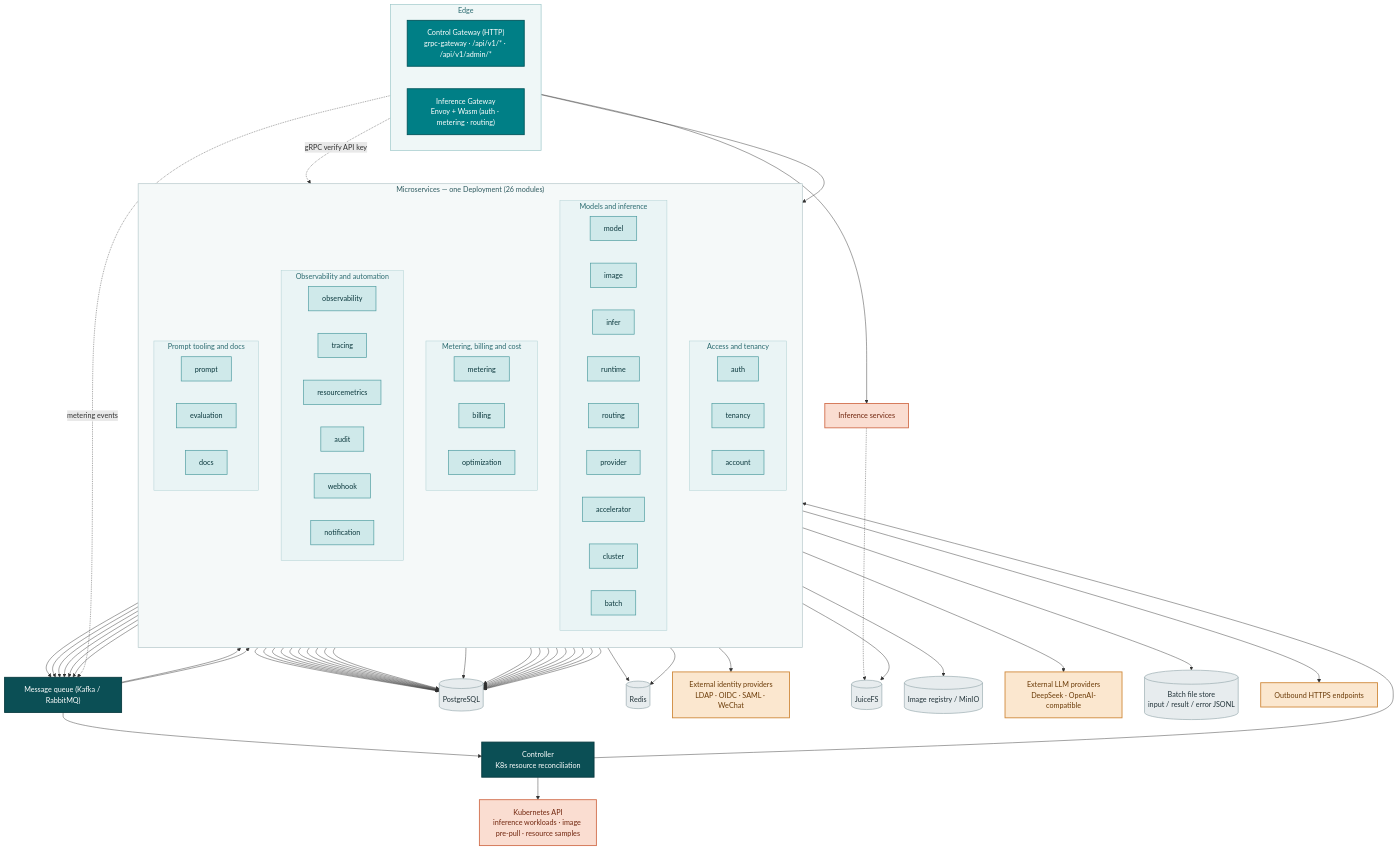
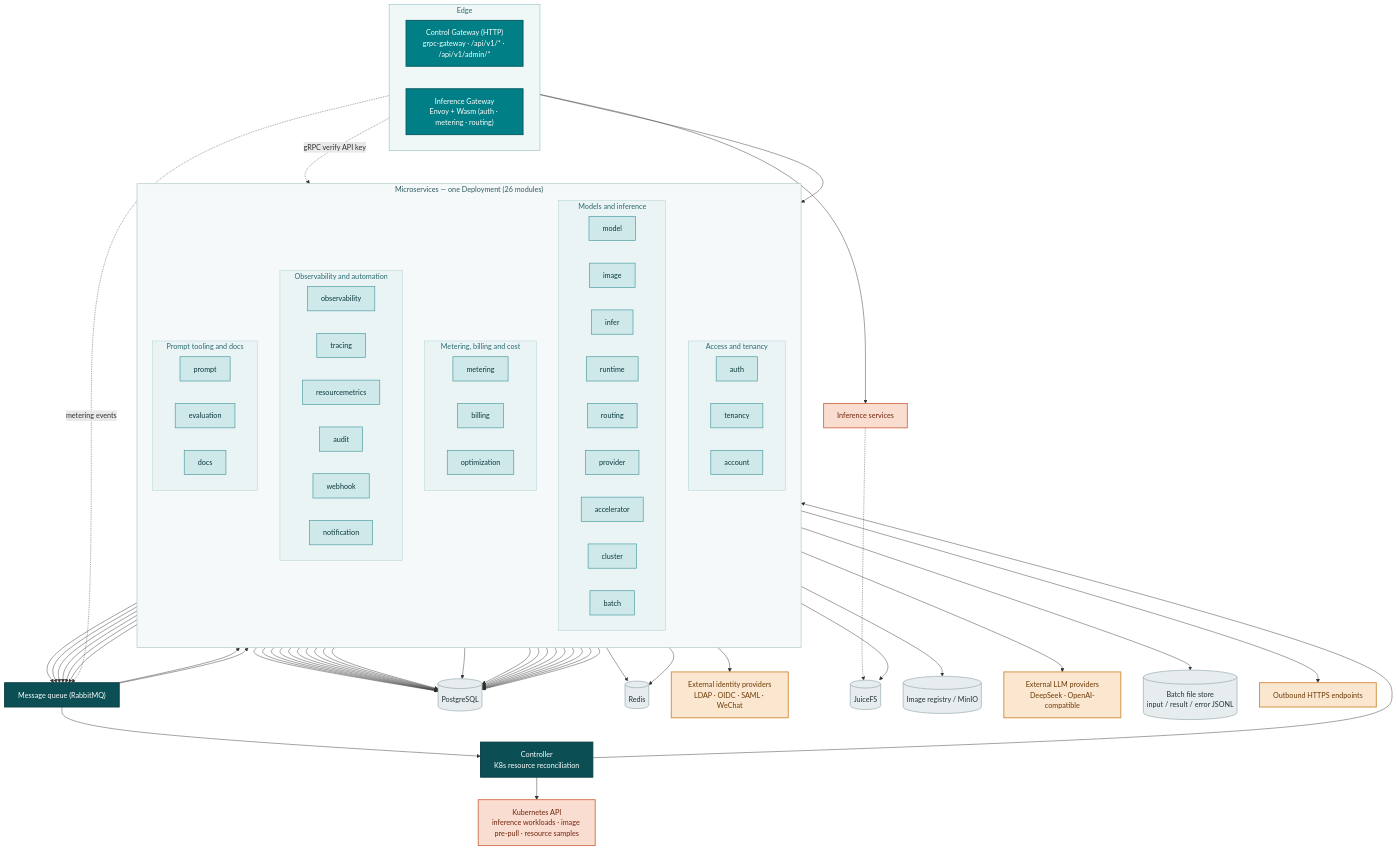
The second of 6 diagrams in site/docs/design/architecture.md (go-taas/go-taas), drawn with Mermaid before and after one commit. The commit also changed other lines of this file and 23 other files, not shown here.

```diff
--- a/site/docs/design/architecture.md
+++ b/site/docs/design/architecture.md
@@ -211,7 +211,7 @@
     CGW --> mods
     DGW --> RT["Inference services"]
     DGW -.->|gRPC verify API key| AUTH
-    DGW -.->|metering events| MQ["Message queue (Kafka / RabbitMQ)"]
+    DGW -.->|metering events| MQ["Message queue (RabbitMQ)"]
 
     AUTH --> PG[(PostgreSQL)]
     AUTH --> RD[(Redis)]
```
